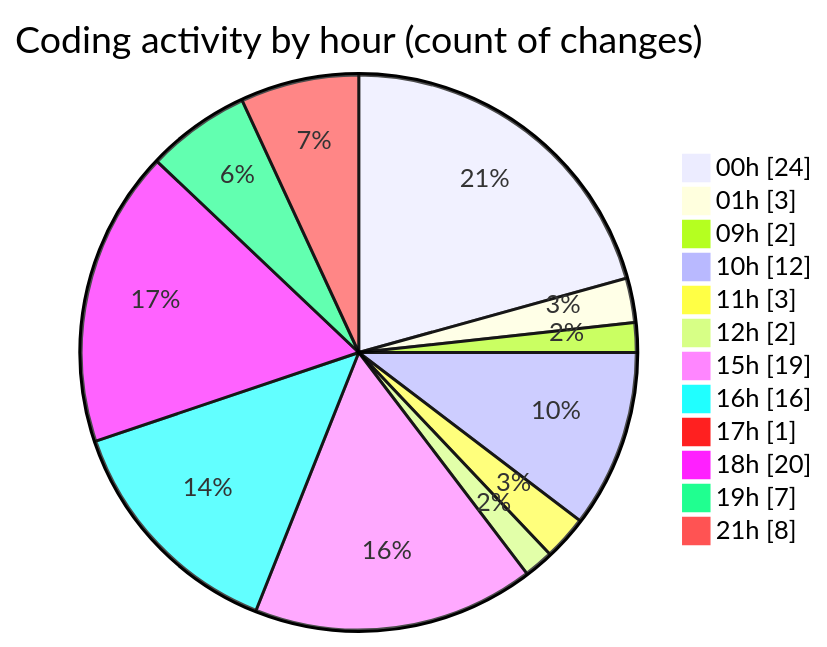
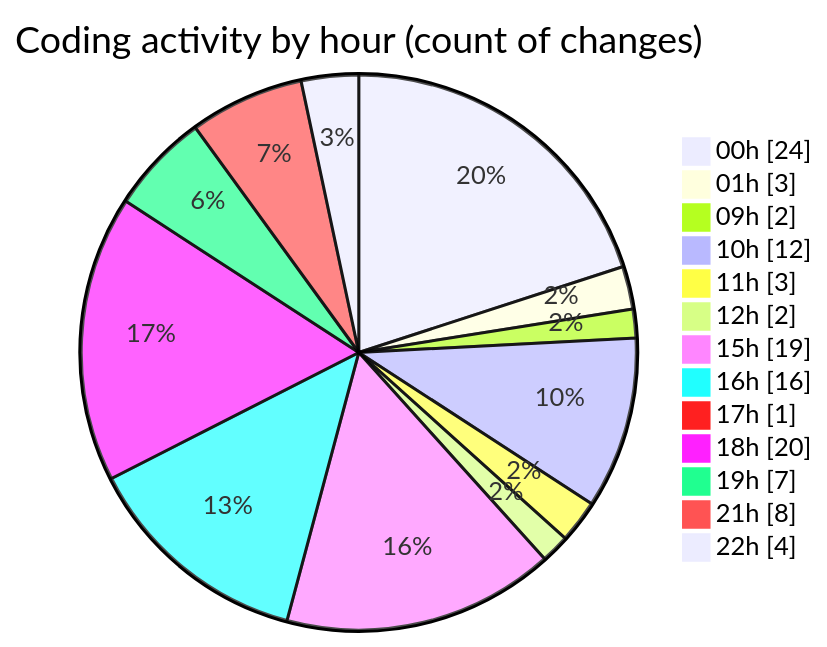
One commit to julien-gomy/code-tracking changed the second of 2 diagrams in 2025-11-24/eventscop-frontend-guide__workspace_/README.md. Above: the diagram before and after it, drawn with Mermaid. The commit also changed other lines of this file and 1 other file, not shown here.

````diff
--- a/2025-11-24/eventscop-frontend-guide__workspace_/README.md
+++ b/2025-11-24/eventscop-frontend-guide__workspace_/README.md
@@ -56,16 +56,17 @@
 ```mermaid
 pie showData
 title Coding activity by hour (count of changes)
 "00h" : 24
 "01h" : 3
 "09h" : 2
 "10h" : 12
 "11h" : 3
 "12h" : 2
 "15h" : 19
 "16h" : 16
 "17h" : 1
 "18h" : 20
 "19h" : 7
 "21h" : 8
+"22h" : 4
 ```
````
